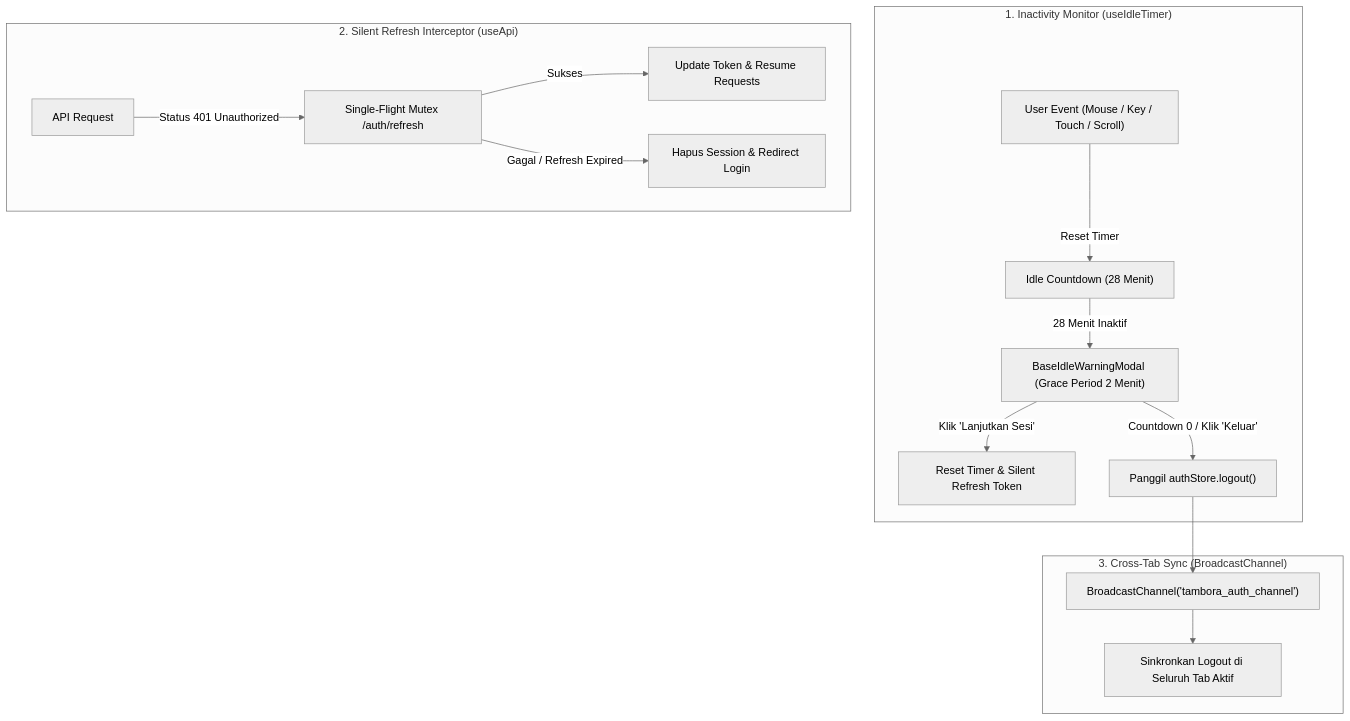
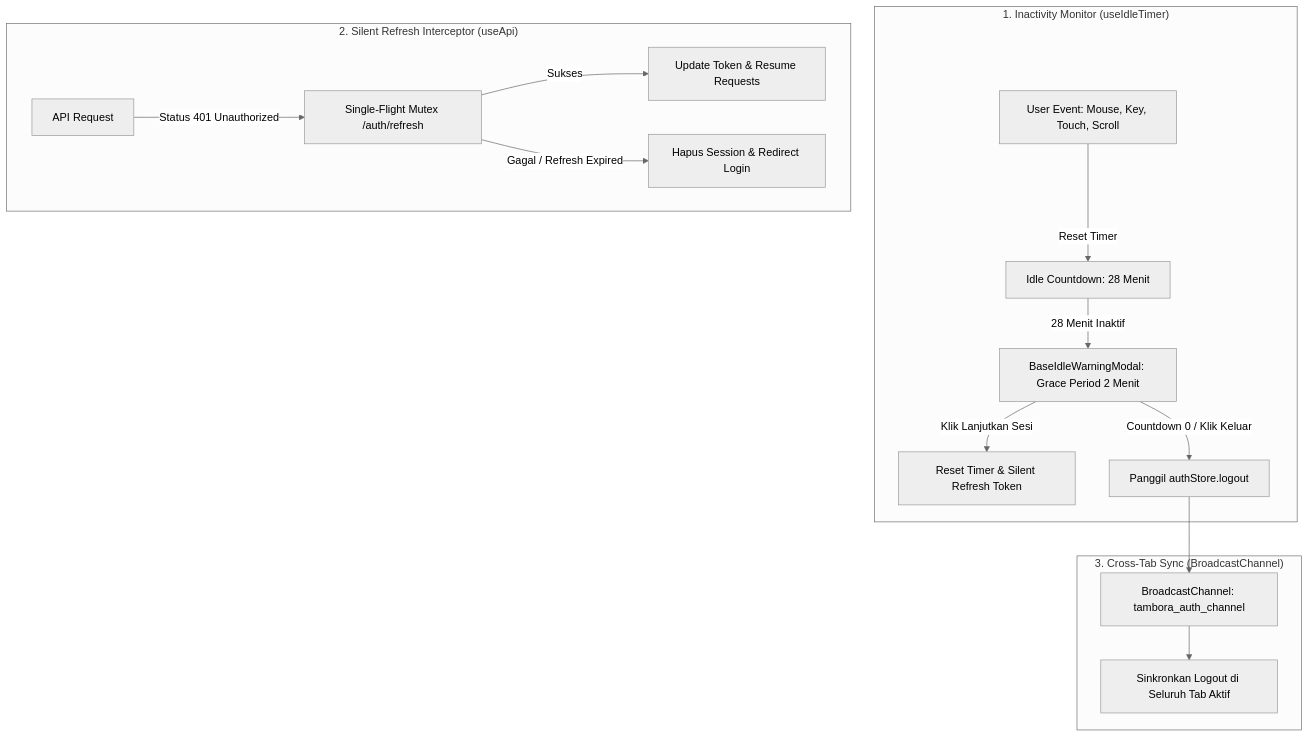
Before and after one commit to fernandoparhusip/tambora: the first of 4 diagrams in docs/Architecture.md, drawn with Mermaid (neutral theme). The commit also changed other lines of this file and 52 other files, not shown here.

````diff
--- a/docs/Architecture.md
+++ b/docs/Architecture.md
@@ -52,20 +52,20 @@
 ```mermaid
 flowchart TD
     subgraph IDLE_SYSTEM["1. Inactivity Monitor (useIdleTimer)"]
-        ACTIVITY["User Event (Mouse / Key / Touch / Scroll)"] -->|Reset Timer| TIMER["Idle Countdown (28 Menit)"]
-        TIMER -->|28 Menit Inaktif| WARNING_MODAL["BaseIdleWarningModal (Grace Period 2 Menit)"]
-        WARNING_MODAL -->|Klik 'Lanjutkan Sesi'| KEEP_ALIVE["Reset Timer & Silent Refresh Token"]
-        WARNING_MODAL -->|Countdown 0 / Klik 'Keluar'| LOGOUT_TRIGGER["Panggil authStore.logout()"]
+        ACTIVITY["User Event: Mouse, Key, Touch, Scroll"] -->|"Reset Timer"| TIMER["Idle Countdown: 28 Menit"]
+        TIMER -->|"28 Menit Inaktif"| WARNING_MODAL["BaseIdleWarningModal: Grace Period 2 Menit"]
+        WARNING_MODAL -->|"Klik Lanjutkan Sesi"| KEEP_ALIVE["Reset Timer & Silent Refresh Token"]
+        WARNING_MODAL -->|"Countdown 0 / Klik Keluar"| LOGOUT_TRIGGER["Panggil authStore.logout"]
     end
 
     subgraph API_SYSTEM["2. Silent Refresh Interceptor (useApi)"]
-        API_REQ["API Request"] -->|Status 401 Unauthorized| REFRESH_QUEUE["Single-Flight Mutex /auth/refresh"]
-        REFRESH_QUEUE -->|Sukses| RETRY["Update Token & Resume Requests"]
-        REFRESH_QUEUE -->|Gagal / Refresh Expired| FORCE_LOGOUT["Hapus Session & Redirect Login"]
+        API_REQ["API Request"] -->|"Status 401 Unauthorized"| REFRESH_QUEUE["Single-Flight Mutex /auth/refresh"]
+        REFRESH_QUEUE -->|"Sukses"| RETRY["Update Token & Resume Requests"]
+        REFRESH_QUEUE -->|"Gagal / Refresh Expired"| FORCE_LOGOUT["Hapus Session & Redirect Login"]
     end
 
     subgraph SYNC_SYSTEM["3. Cross-Tab Sync (BroadcastChannel)"]
-        LOGOUT_TRIGGER --> BROADCAST["BroadcastChannel('tambora_auth_channel')"]
+        LOGOUT_TRIGGER --> BROADCAST["BroadcastChannel: tambora_auth_channel"]
         BROADCAST --> ALL_TABS["Sinkronkan Logout di Seluruh Tab Aktif"]
     end
 ```
````
